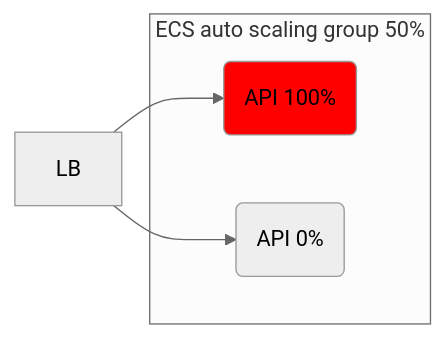
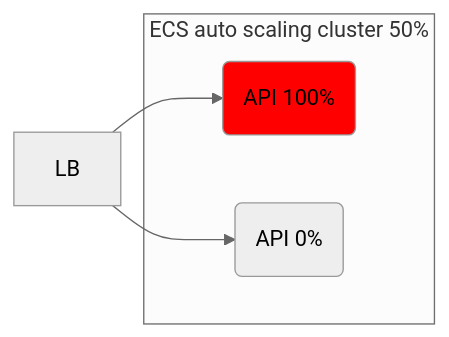
One commit to pavradev/data-analytics-app-architecture-aws changed the second of 7 diagrams in README.md. Above: the diagram before and after it, drawn with Mermaid (neutral theme). The commit also changed other lines of this file, not shown here.

````diff
--- a/README.md
+++ b/README.md
@@ -27,9 +27,9 @@
 ```mermaid
   flowchart LR
   style api1 fill:red
   lb[LB] --> api1(API 100%) & api2(API 0%)
-  subgraph c1 [ECS auto scaling group 50%]
+  subgraph c1 [ECS auto scaling cluster 50%]
       api1
       api2
   end
 ```
````
